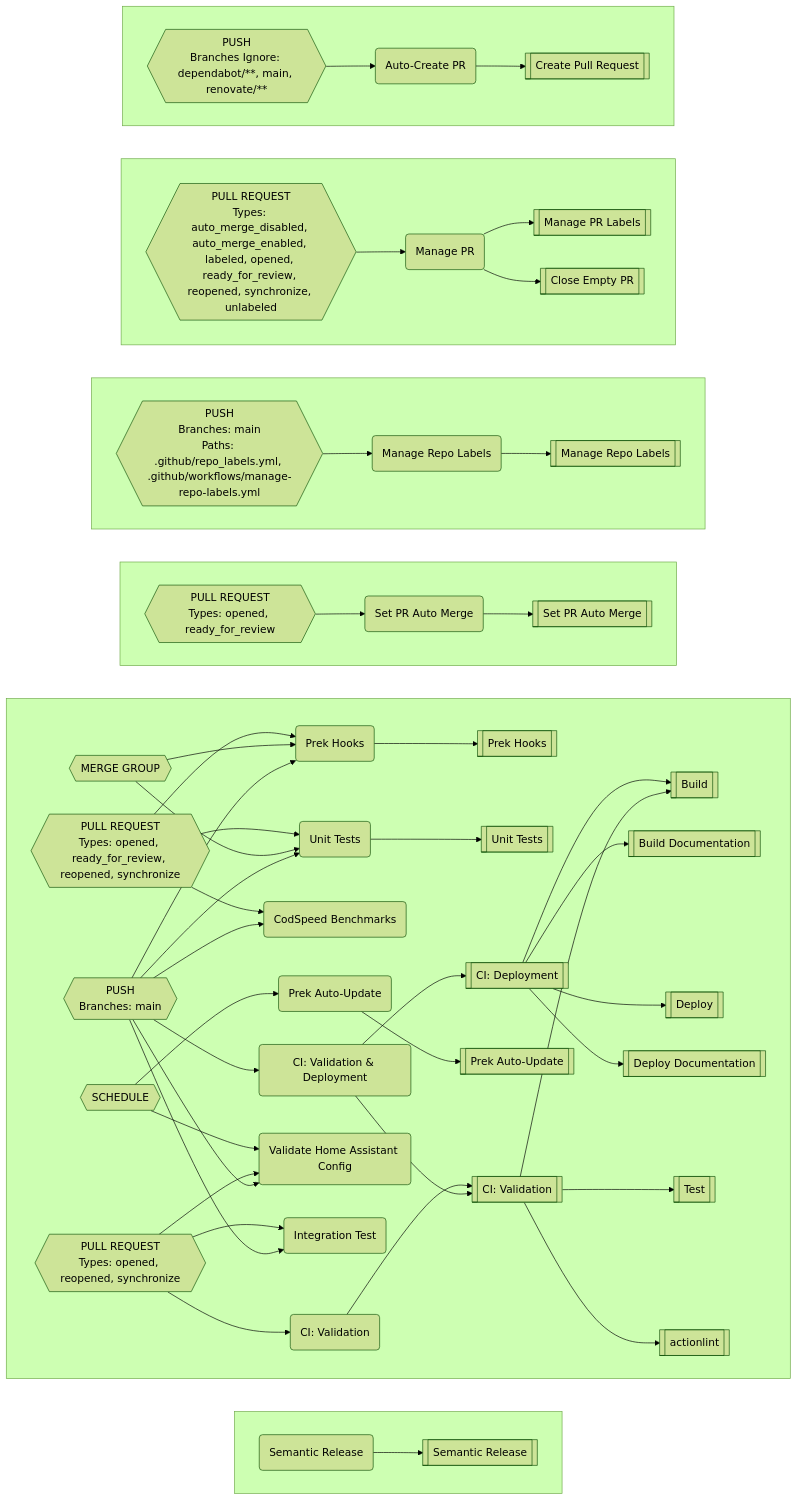
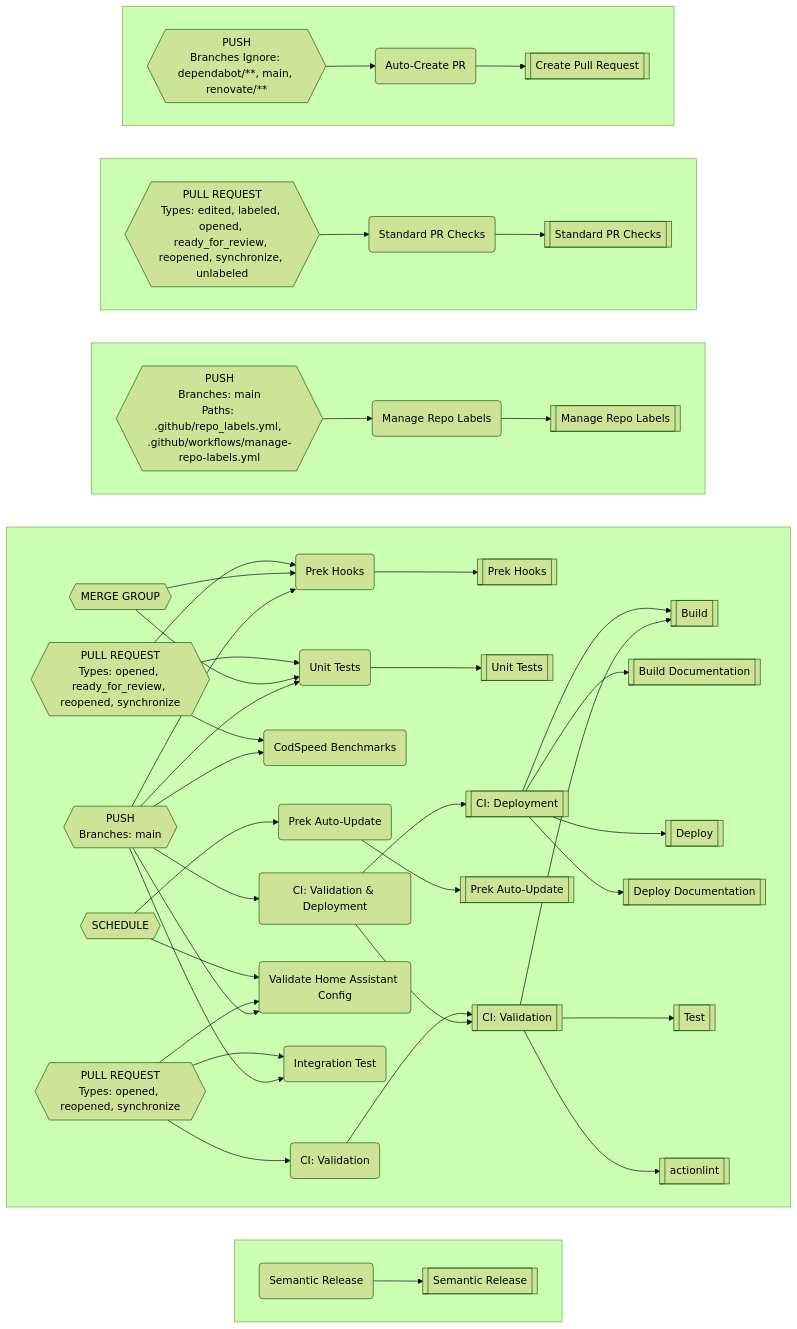
Before and after one commit to worganisation/github-config-files: the diagram in README.md, drawn with Mermaid (forest theme). The commit also changed other lines of this file and 12 other files, not shown here.

````diff
--- a/README.md
+++ b/README.md
@@ -370,112 +393,100 @@
 ```mermaid
 flowchart LR
+subgraph EE[" "]
+direction LR
+CJ-->BE
+end
+subgraph EF[" "]
+direction LR
+DJ-->DX
+DJ-->DN
+DJ-->DI
+DN-->BB
+DO-->DX
+DO-->DN
+DX-->BQ
+DE-->V
+CF-->AY
+CG-->CN
+CG-->CF
+DG-->DE
+DG-->CV
+DG-->CN
+DB-->DX
+DB-->DN
+DB-->DI
+DB-->DA
+DB-->CV
+DB-->CN
+DA-->V
+DA-->M
+M-->I
+M-->E
+M-->AM
+M-->AI
+V-->I
+V-->BN
+V-->A
+end
+subgraph EG[" "]
+direction LR
+CC-->CB
+CB-->AV
+end
 subgraph EH[" "]
 direction LR
-CM-->BF
+BY-->BX
+BX-->BK
 end
 subgraph EI[" "]
 direction LR
-DM-->EA
-DM-->DQ
-DM-->DL
-DQ-->BC
-DR-->EA
-DR-->DQ
-EA-->BO
-DH-->V
-CE-->AZ
-CF-->CQ
-CF-->CE
-DJ-->DH
-DJ-->CY
-DJ-->CQ
-DE-->EA
-DE-->DQ
-DE-->DL
-DE-->DD
-DE-->CY
-DE-->CQ
-DD-->V
-DD-->M
-M-->I
-M-->E
-M-->AN
-M-->AJ
-V-->I
-V-->BL
-V-->A
+BU-->BT
+BT-->AE
 end
-subgraph EJ[" "]
-direction LR
-CJ-->CI
-CI-->BI
-end
-subgraph EK[" "]
-direction LR
-CB-->CA
-CA-->AW
-end
-subgraph EL[" "]
-direction LR
-BW-->BV
-BV-->AT
-BV-->AB
-end
-subgraph EM[" "]
-direction LR
-BS-->BR
-BR-->AF
-end
-AB[["Close Empty PR"]]
-AF[["Create Pull Request"]]
-AJ[["Deploy Documentation"]]
-AN[["Deploy"]]
-AT[["Manage PR Labels"]]
-AW[["Manage Repo Labels"]]
-AZ[["Prek Auto-Update"]]
+AE[["Create Pull Request"]]
+AI[["Deploy Documentation"]]
+AM[["Deploy"]]
+AV[["Manage Repo Labels"]]
+AY[["Prek Auto-Update"]]
 A[["actionlint"]]
-BC[["Prek Hooks"]]
-BF[["Semantic Release"]]
-BI[["Set PR Auto Merge"]]
-BL[["Test"]]
-BO[["Unit Tests"]]
-BR("Auto-Create PR")
-BS{{"PUSH
+BB[["Prek Hooks"]]
+BE[["Semantic Release"]]
+BK[["Standard PR Checks"]]
+BN[["Test"]]
+BQ[["Unit Tests"]]
+BT("Auto-Create PR")
+BU{{"PUSH
 Branches Ignore: dependabot/**, main, renovate/**
 "}}
-BV("Manage PR")
-BW{{"PULL REQUEST
-Types: auto_merge_disabled, auto_merge_enabled, labeled, opened, ready_for_review, reopened, synchronize, unlabeled
+BX("Standard PR Checks")
+BY{{"PULL REQUEST
+Types: edited, labeled, opened, ready_for_review, reopened, synchronize, unlabeled
 "}}
-CA("Manage Repo Labels")
-CB{{"PUSH
+CB("Manage Repo Labels")
+CC{{"PUSH
 Branches: main
 Paths: .github/repo_labels.yml, .github/workflows/manage-repo-labels.yml
 "}}
-CE("Prek Auto-Update")
-CF{{"SCHEDULE"}}
-CI("Set PR Auto Merge")
-CJ{{"PULL REQUEST
-Types: opened, ready_for_review
-"}}
-CM("Semantic Release")
-CQ("Validate Home Assistant Config")
-CY("Integration Test")
-DD("CI: Validation & Deployment")
-DE{{"PUSH
+CF("Prek Auto-Update")
+CG{{"SCHEDULE"}}
+CJ("Semantic Release")
+CN("Validate Home Assistant Config")
+CV("Integration Test")
+DA("CI: Validation & Deployment")
+DB{{"PUSH
 Branches: main
 "}}
-DH("CI: Validation")
-DJ{{"PULL REQUEST
+DE("CI: Validation")
+DG{{"PULL REQUEST
 Types: opened, reopened, synchronize
 "}}
-DL("CodSpeed Benchmarks")
-DM{{"PULL REQUEST
+DI("CodSpeed Benchmarks")
+DJ{{"PULL REQUEST
 Types: opened, ready_for_review, reopened, synchronize
 "}}
-DQ("Prek Hooks")
-DR{{"MERGE GROUP"}}
-EA("Unit Tests")
+DN("Prek Hooks")
+DO{{"MERGE GROUP"}}
+DX("Unit Tests")
 E[["Build Documentation"]]
 I[["Build"]]
 M[["CI: Deployment"]]
````
